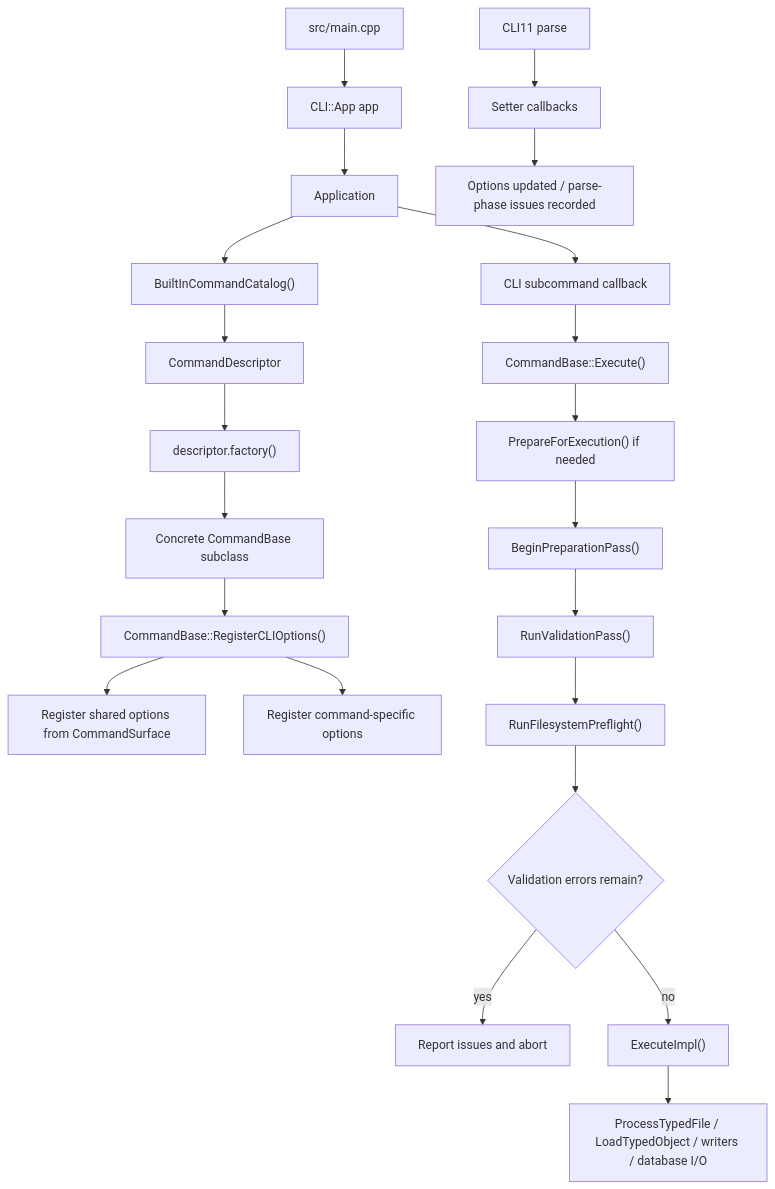
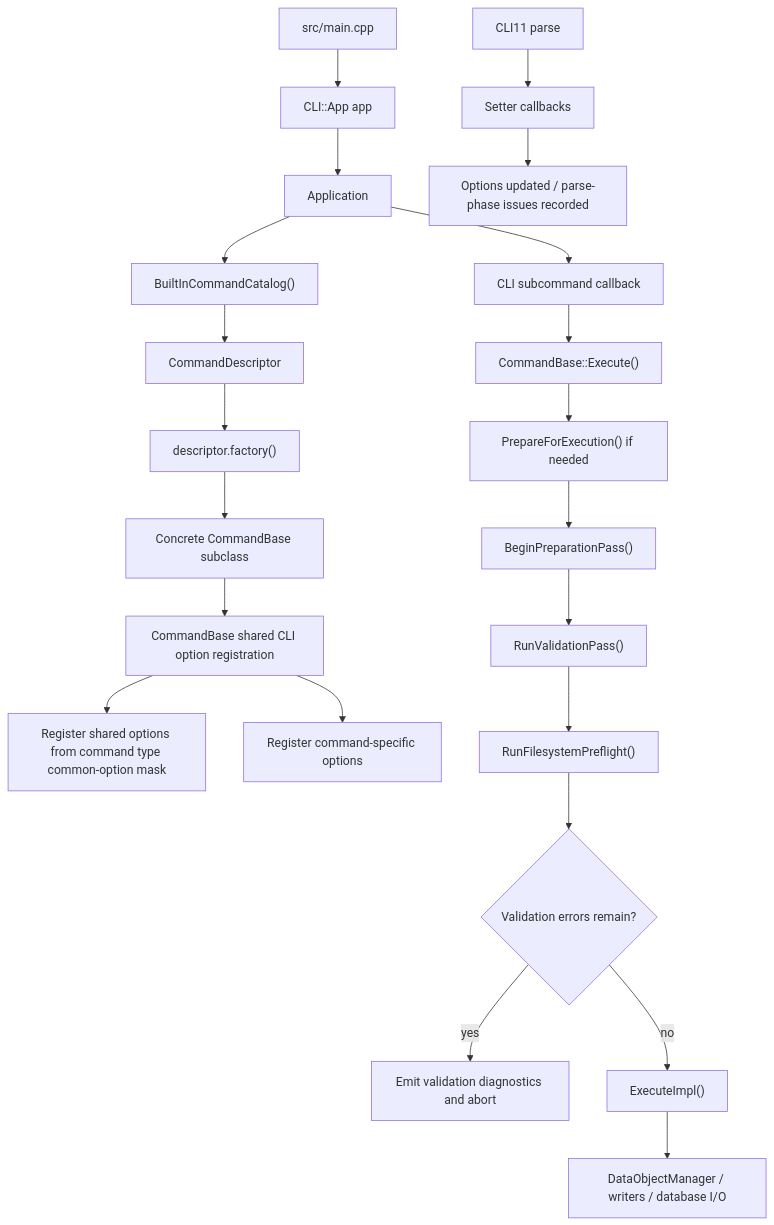
One commit to yslianTim/rhbm_gem changed the first of 2 diagrams in docs/developer/architecture/command-architecture.md. Above: the diagram before and after it, drawn with Mermaid. The commit also changed other lines of this file and 40 other files, not shown here.

````diff
--- a/docs/developer/architecture/command-architecture.md
+++ b/docs/developer/architecture/command-architecture.md
@@ -32,26 +32,26 @@
 ```mermaid
 flowchart TD
     A["src/main.cpp"] --> B["CLI::App app"]
     B --> C["Application"]
     C --> D["BuiltInCommandCatalog()"]
     D --> E["CommandDescriptor"]
     E --> F["descriptor.factory()"]
     F --> G["Concrete CommandBase subclass"]
-    G --> H["CommandBase::RegisterCLIOptions()"]
-    H --> I["Register shared options from CommandSurface"]
+    G --> H["CommandBase shared CLI option registration"]
+    H --> I["Register shared options from command type common-option mask"]
     H --> J["Register command-specific options"]
 
     K["CLI11 parse"] --> L["Setter callbacks"]
     L --> M["Options updated / parse-phase issues recorded"]
 
     C --> N["CLI subcommand callback"]
     N --> O["CommandBase::Execute()"]
     O --> P["PrepareForExecution() if needed"]
     P --> Q["BeginPreparationPass()"]
     Q --> R["RunValidationPass()"]
     R --> S["RunFilesystemPreflight()"]
     S --> T{"Validation errors remain?"}
-    T -- yes --> U["Report issues and abort"]
+    T -- yes --> U["Emit validation diagnostics and abort"]
     T -- no --> V["ExecuteImpl()"]
-    V --> W["ProcessTypedFile / LoadTypedObject / writers / database I/O"]
+    V --> W["DataObjectManager / writers / database I/O"]
 ```
````
